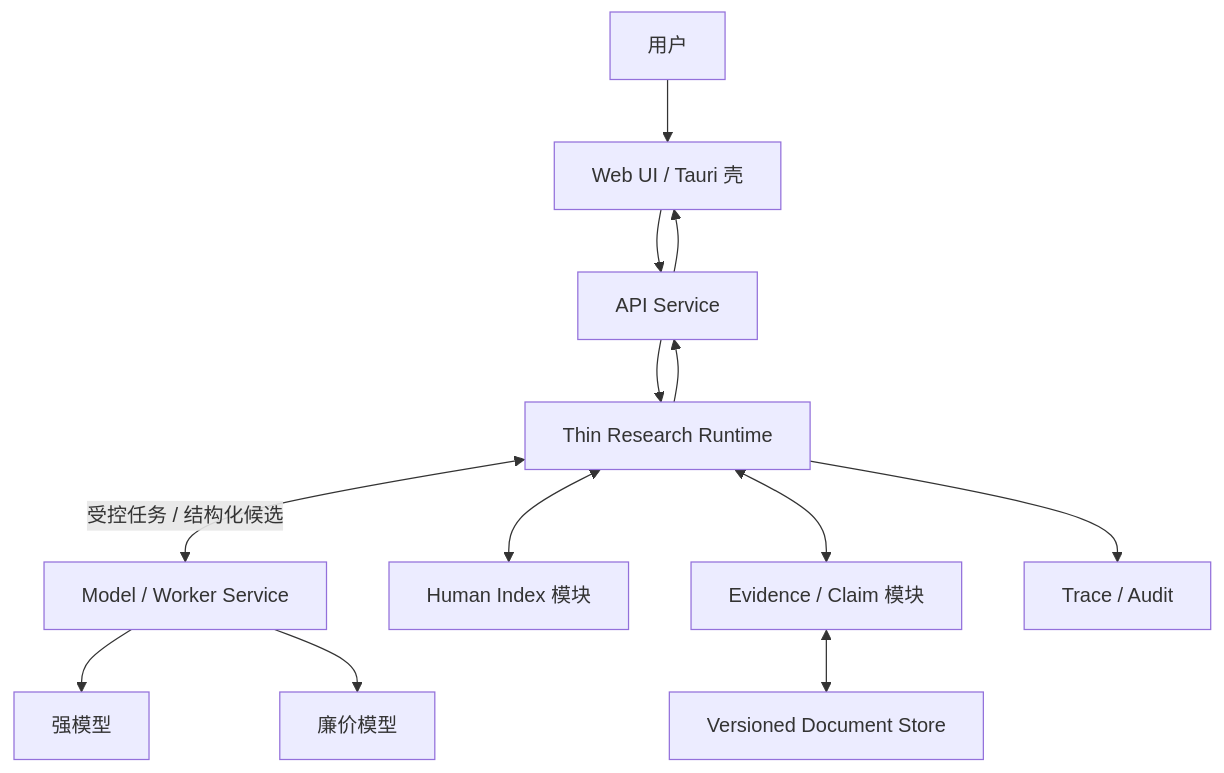
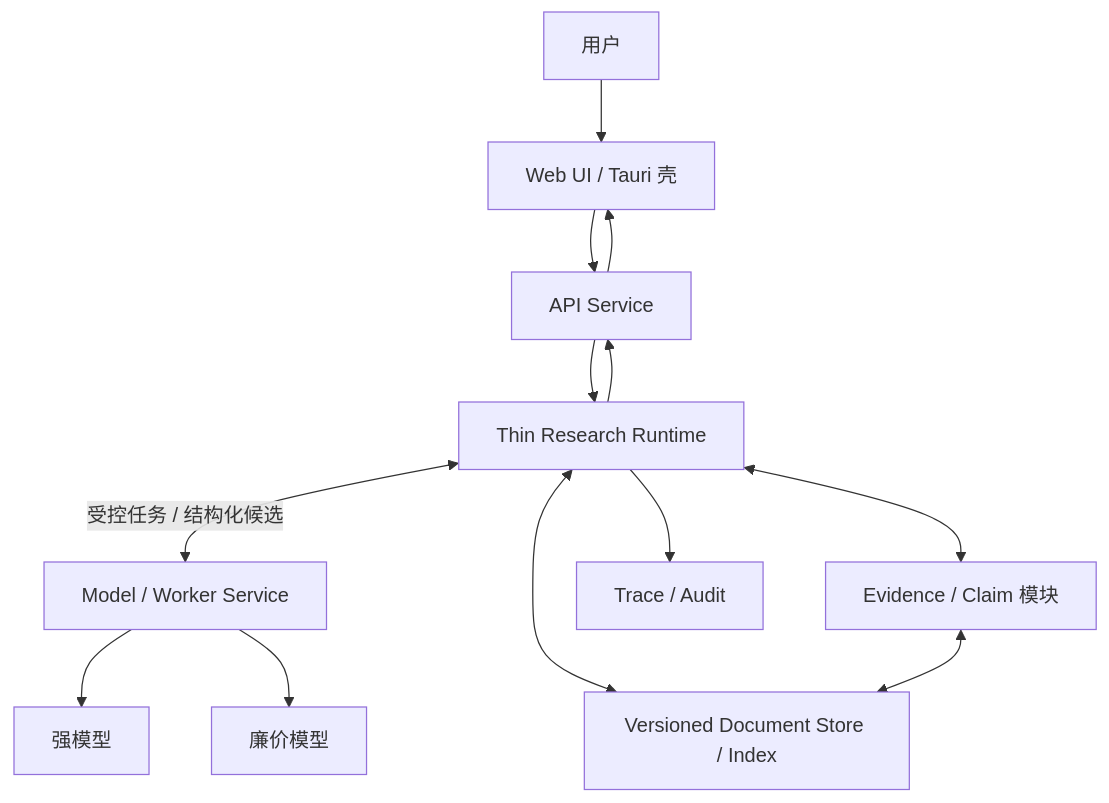
One commit to SuperCatQR/traceable-research-runtime changed the first of 2 diagrams in docs/architecture.md. Above: the diagram before and after it, drawn with Mermaid. The commit also changed other lines of this file and 1 other file, not shown here.

Commit message:
docs: remove runtime budget and human index layers

````diff
--- a/docs/architecture.md
+++ b/docs/architecture.md
@@ -51,18 +51,18 @@
 ```mermaid
 flowchart TB
     U[用户] --> UI[Web UI / Tauri 壳]
     UI --> API[API Service]
     API --> R[Thin Research Runtime]
 
     R <-->|受控任务 / 结构化候选| MS[Model / Worker Service]
     MS --> SM[强模型]
     MS --> CM[廉价模型]
 
-    R <--> I[Human Index 模块]
     R <--> E[Evidence / Claim 模块]
-    E <--> D[Versioned Document Store]
+    R <--> D[Versioned Document Store / Index]
+    E <--> D
     R --> A[Trace / Audit]
 
     R --> API
     API --> UI
 ```
````
